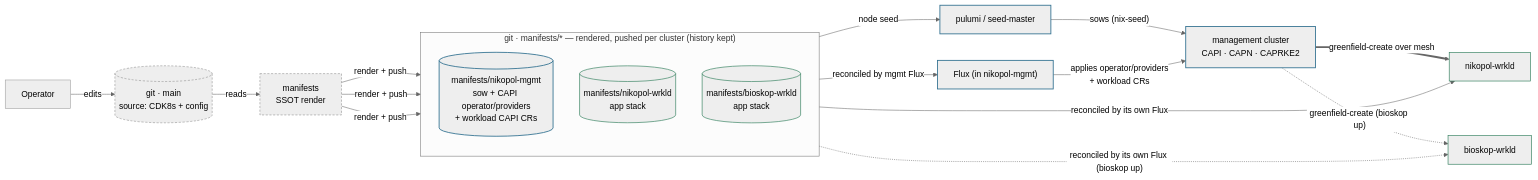
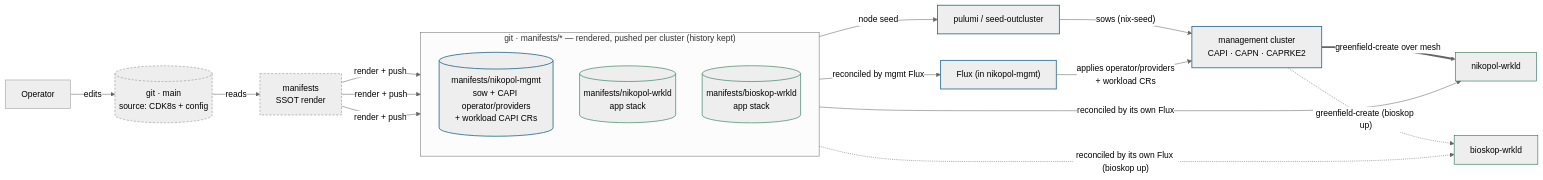
The first of 7 diagrams in docs/architecture/cluster-api/manifests-rendered-branches.adoc (seedmatic/rke2lab), drawn with Mermaid (neutral theme) before and after one commit. The commit also changed other lines of this file and 160 other files, not shown here.

First line of the commit message:
refactor(exec)!: `seed-master` → `seed-outcluster`, one axis for the whole chain

```diff
--- a/docs/architecture/cluster-api/manifests-rendered-branches.adoc
+++ b/docs/architecture/cluster-api/manifests-rendered-branches.adoc
@@ -90,35 +90,35 @@
 [mermaid,manifests-rendered-branches-context,svg]
 ----
 flowchart LR
   OP["Operator"]
   MAIN[("git · main<br/>source: CDK8s + config")]
   MOD["manifests<br/>SSOT render"]
   subgraph REN["git · manifests/* — rendered, pushed per cluster (history kept)"]
     direction TB
     BM[("manifests/nikopol-mgmt<br/>sow + CAPI operator/providers<br/>+ workload CAPI CRs")]
     BW1[("manifests/nikopol-wrkld<br/>app stack")]
     BW2[("manifests/bioskop-wrkld<br/>app stack")]
   end
-  SM["pulumi / seed-master"]
+  SM["pulumi / seed-outcluster"]
   FM["Flux (in nikopol-mgmt)"]
   MG["management cluster<br/>CAPI · CAPN · CAPRKE2"]
   W1["nikopol-wrkld"]
   W2["bioskop-wrkld"]
   OP -->|edits| MAIN
   MAIN -->|reads| MOD
   MOD -->|"render + push"| BM
   MOD -->|"render + push"| BW1
   MOD -->|"render + push"| BW2
   BM -->|"node seed"| SM
   SM -->|"sows (nix-seed)"| MG
   BM -->|"reconciled by mgmt Flux"| FM
   FM -->|"applies operator/providers<br/>+ workload CRs"| MG
   MG ==>|"greenfield-create over mesh"| W1
   MG -.->|"greenfield-create (bioskop up)"| W2
   BW1 -->|"reconciled by its own Flux"| W1
   BW2 -.->|"reconciled by its own Flux (bioskop up)"| W2
   classDef src stroke:#888,stroke-dasharray:4 3;
   classDef mgmt stroke:#2f6f8f,stroke-width:1.6px;
   classDef wl stroke:#2e7d5b,stroke-width:1.2px;
   class MAIN,MOD src; class BM,SM,FM,MG mgmt; class BW1,BW2,W1,W2 wl;
 ----
```
